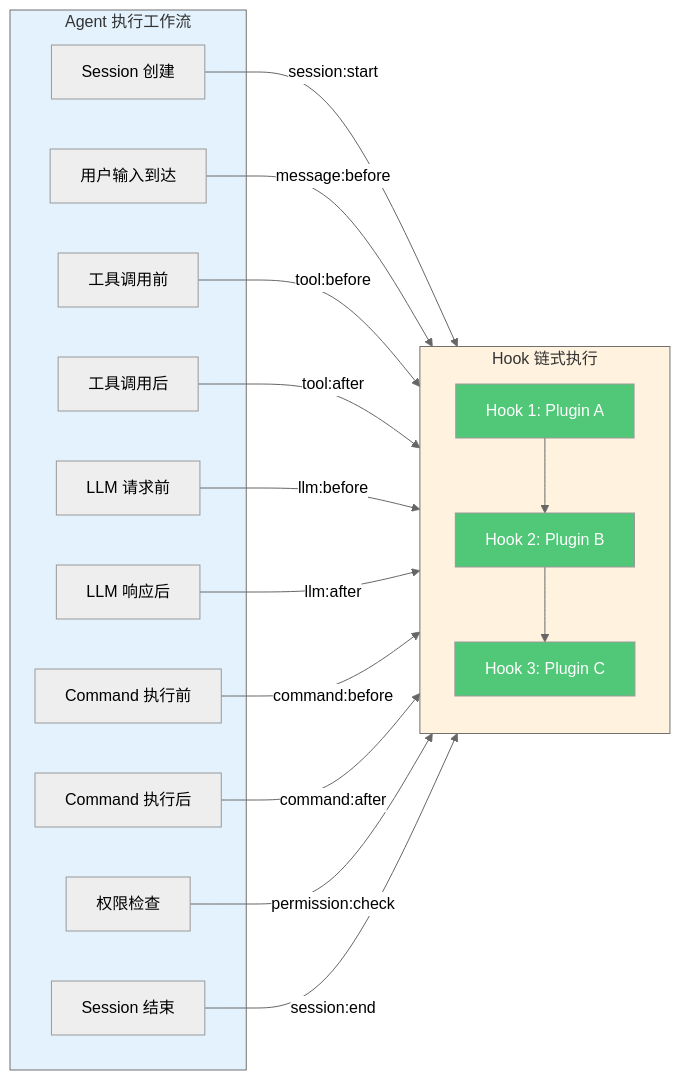
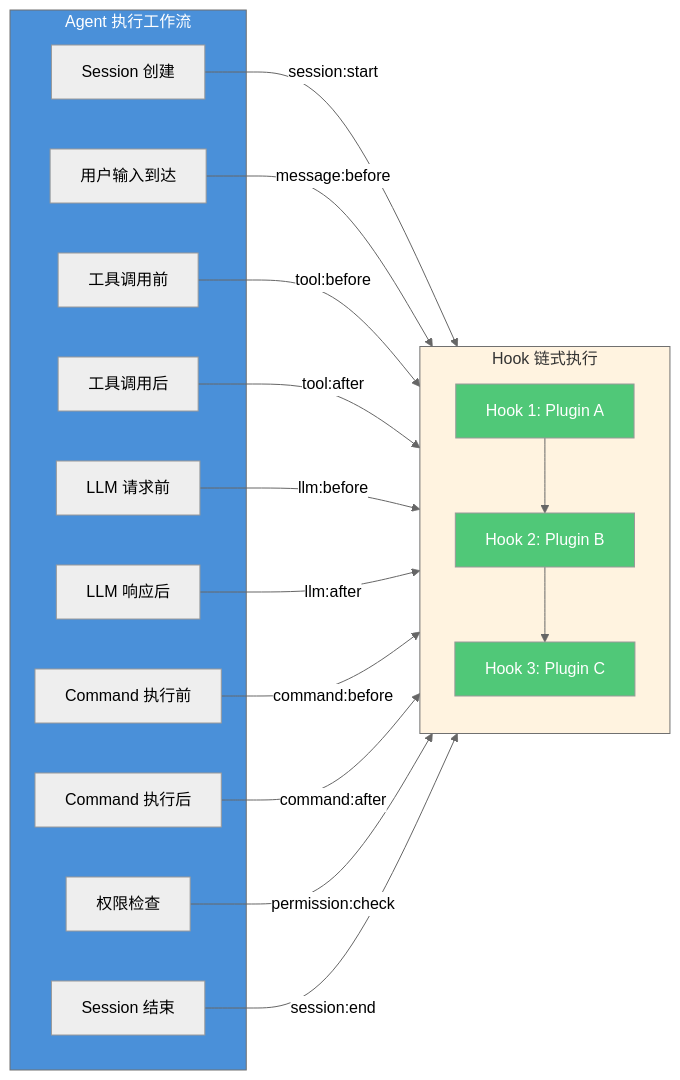
The first of 2 diagrams in src/06-advanced/custom-agents.md (tonydeng/harness-engineering-from-oc-to-ai-coding), drawn with Mermaid (neutral theme) before and after one commit. The commit also changed 45 other files, not shown here.

````diff
--- a/src/06-advanced/custom-agents.md
+++ b/src/06-advanced/custom-agents.md
@@ -307,40 +307,40 @@
 ```mermaid
 flowchart LR
     subgraph Agent_Pipeline["Agent 执行工作流"]
         S[Session 创建]
         UK[用户输入到达]
         TOOL_B[工具调用前]
         TOOL_A[工具调用后]
         LLM_REQ[LLM 请求前]
         LLM_RESP[LLM 响应后]
         CMD_B[Command 执行前]
         CMD_A[Command 执行后]
         PERM[权限检查]
         S_END[Session 结束]
     end
 
     subgraph Hook_Pipeline["Hook 链式执行"]
         direction TB
         H1[Hook 1: Plugin A]
         H2[Hook 2: Plugin B]
         H3[Hook 3: Plugin C]
         H1 --> H2 --> H3
     end
 
     S -->|"session:start"| H1
     UK -->|"message:before"| H1
     TOOL_B -->|"tool:before"| H1
     TOOL_A -->|"tool:after"| H1
     LLM_REQ -->|"llm:before"| H1
     LLM_RESP -->|"llm:after"| H1
     CMD_B -->|"command:before"| H1
     CMD_A -->|"command:after"| H1
     PERM -->|"permission:check"| H1
     S_END -->|"session:end"| H1
 
-    style Agent_Pipeline fill:#e3f2fd
+    style Agent_Pipeline fill:#4A90D9,color:#fff
     style Hook_Pipeline fill:#fff3e0
     style H1 fill:#50C878,color:#fff
     style H2 fill:#50C878,color:#fff
     style H3 fill:#50C878,color:#fff
 ```
````
